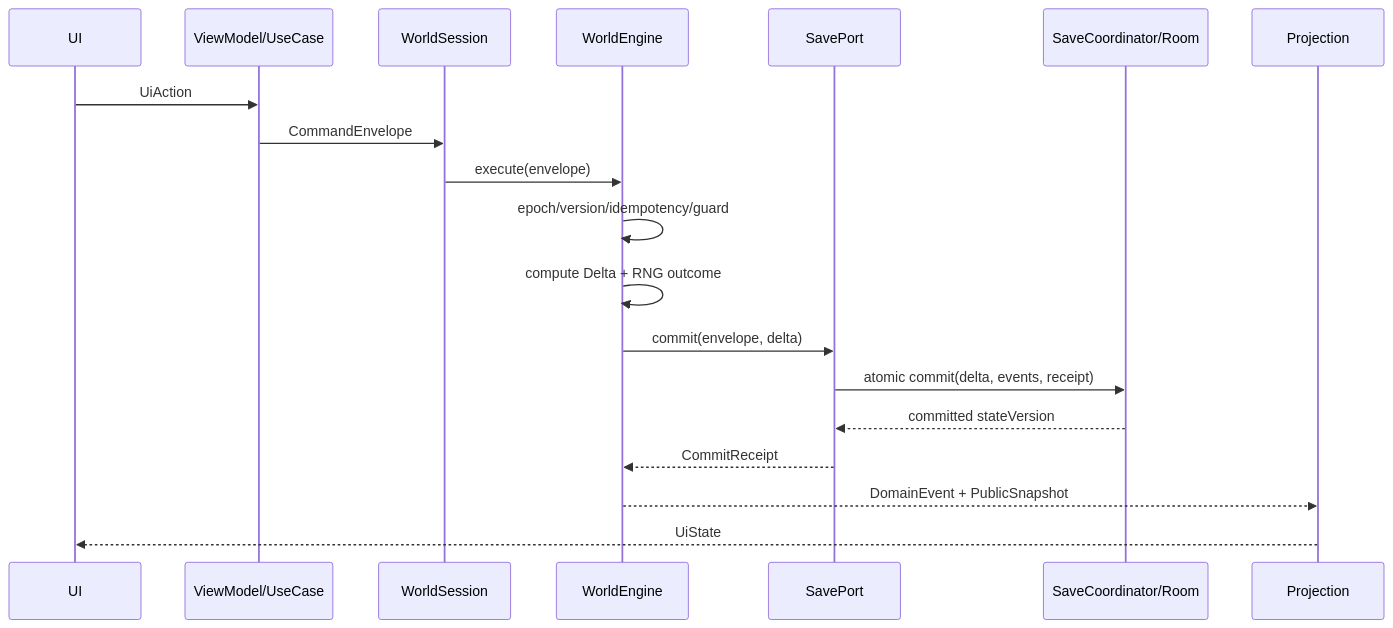
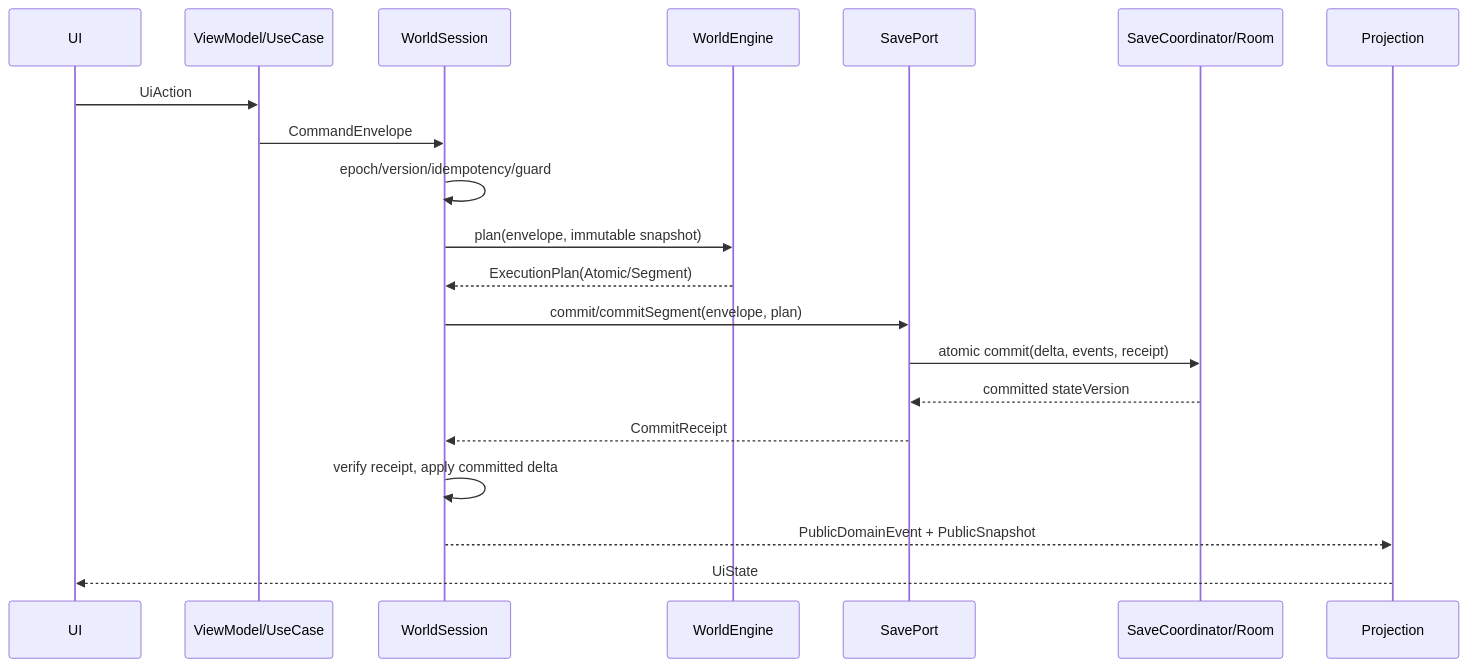
Before and after one commit to cielkdh/mud: the diagram in docs/84_전체_Command_Event_계약서.md, drawn with Mermaid. The commit also changed other lines of this file and 25 other files, not shown here.

````diff
--- a/docs/84_전체_Command_Event_계약서.md
+++ b/docs/84_전체_Command_Event_계약서.md
@@ -59,21 +59,22 @@
 ```mermaid
 sequenceDiagram
     participant UI
     participant VM as ViewModel/UseCase
     participant WS as WorldSession
     participant WE as WorldEngine
     participant SP as SavePort
     participant DB as SaveCoordinator/Room
     participant PR as Projection
     UI->>VM: UiAction
     VM->>WS: CommandEnvelope
-    WS->>WE: execute(envelope)
-    WE->>WE: epoch/version/idempotency/guard
-    WE->>WE: compute Delta + RNG outcome
-    WE->>SP: commit(envelope, delta)
+    WS->>WS: epoch/version/idempotency/guard
+    WS->>WE: plan(envelope, immutable snapshot)
+    WE-->>WS: ExecutionPlan(Atomic/Segment)
+    WS->>SP: commit/commitSegment(envelope, plan)
     SP->>DB: atomic commit(delta, events, receipt)
     DB-->>SP: committed stateVersion
-    SP-->>WE: CommitReceipt
-    WE-->>PR: DomainEvent + PublicSnapshot
+    SP-->>WS: CommitReceipt
+    WS->>WS: verify receipt, apply committed delta
+    WS-->>PR: PublicDomainEvent + PublicSnapshot
     PR-->>UI: UiState
 ```
````
